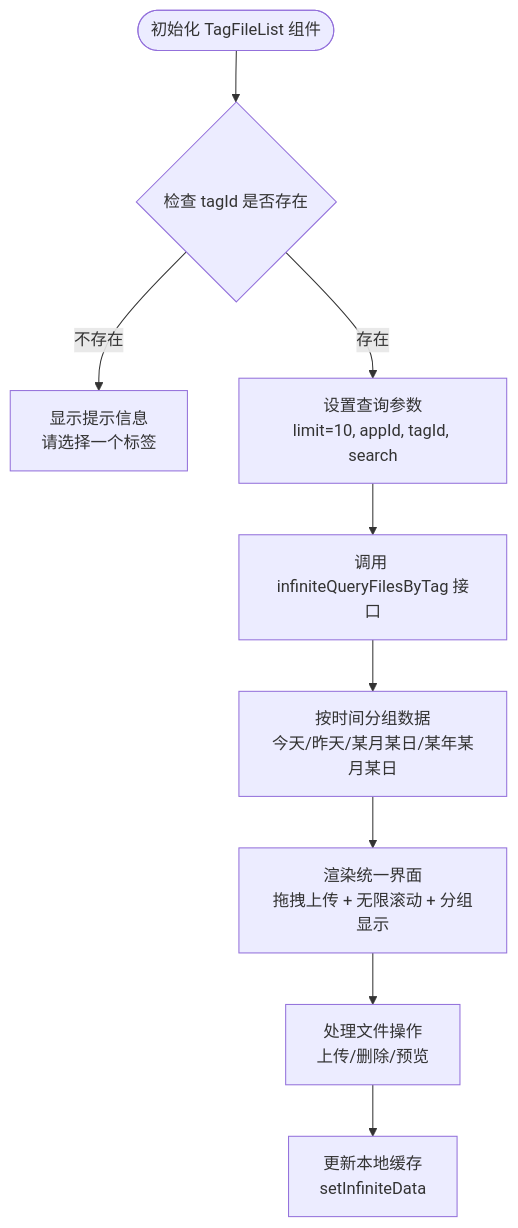
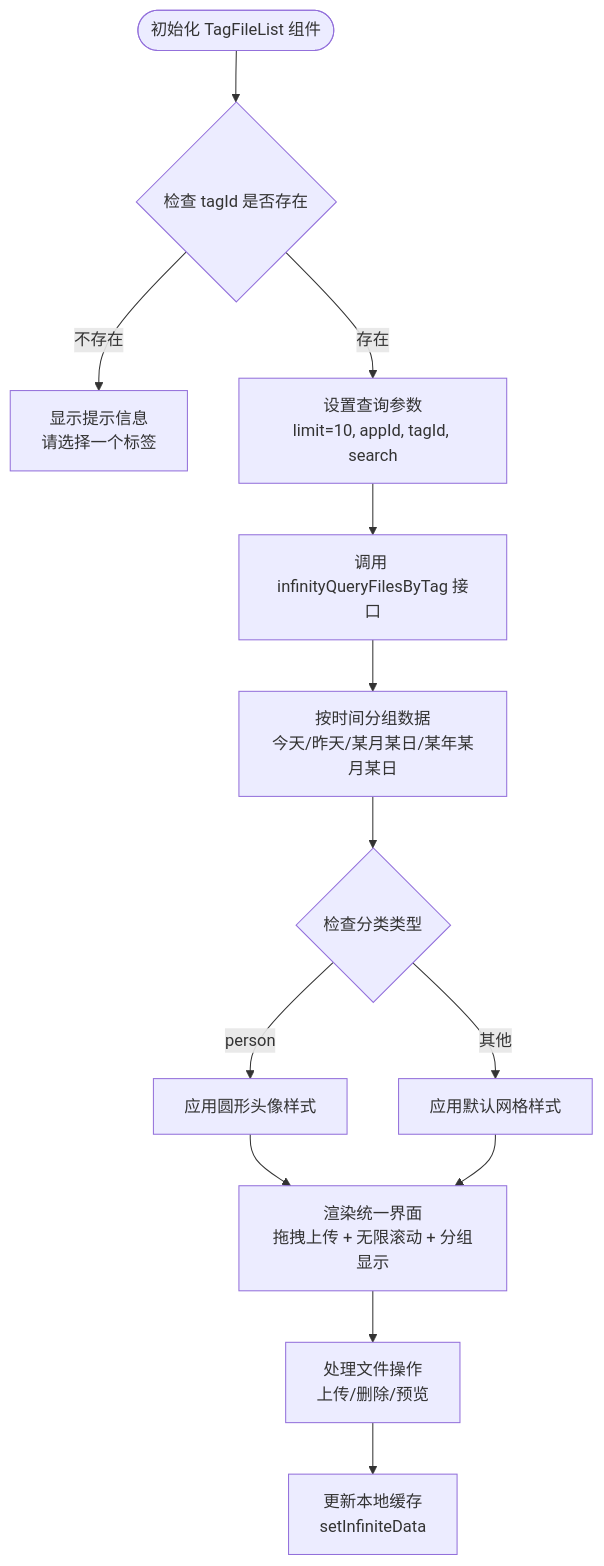
Before and after one commit to RadiumAg/image-saas: the third of 10 diagrams in .qoder/repowiki/zh/content/核心功能模块/文件管理系统/文件管理系统.md, drawn with Mermaid. The commit also changed other lines of this file and 60 other files, not shown here.

````diff
--- a/.qoder/repowiki/zh/content/核心功能模块/文件管理系统/文件管理系统.md
+++ b/.qoder/repowiki/zh/content/核心功能模块/文件管理系统/文件管理系统.md
@@ -215,11 +201,15 @@
 ```mermaid
 flowchart TD
 Start(["初始化 TagFileList 组件"]) --> CheckTagId{"检查 tagId 是否存在"}
 CheckTagId --> |不存在| ShowMessage["显示提示信息<br/>请选择一个标签"]
 CheckTagId --> |存在| SetupQuery["设置查询参数<br/>limit=10, appId, tagId, search"]
-SetupQuery --> FetchData["调用 infiniteQueryFilesByTag 接口"]
+SetupQuery --> FetchData["调用 infinityQueryFilesByTag 接口"]
 FetchData --> GroupData["按时间分组数据<br/>今天/昨天/某月某日/某年某月某日"]
-GroupData --> RenderUI["渲染统一界面<br/>拖拽上传 + 无限滚动 + 分组显示"]
+GroupData --> CheckVariant{"检查分类类型"}
+CheckVariant --> |person| PersonStyle["应用圆形头像样式"]
+CheckVariant --> |其他| DefaultStyle["应用默认网格样式"]
+PersonStyle --> RenderUI["渲染统一界面<br/>拖拽上传 + 无限滚动 + 分组显示"]
+DefaultStyle --> RenderUI
 RenderUI --> HandleActions["处理文件操作<br/>上传/删除/预览"]
 HandleActions --> UpdateCache["更新本地缓存<br/>setInfiniteData"]
 ```
````
